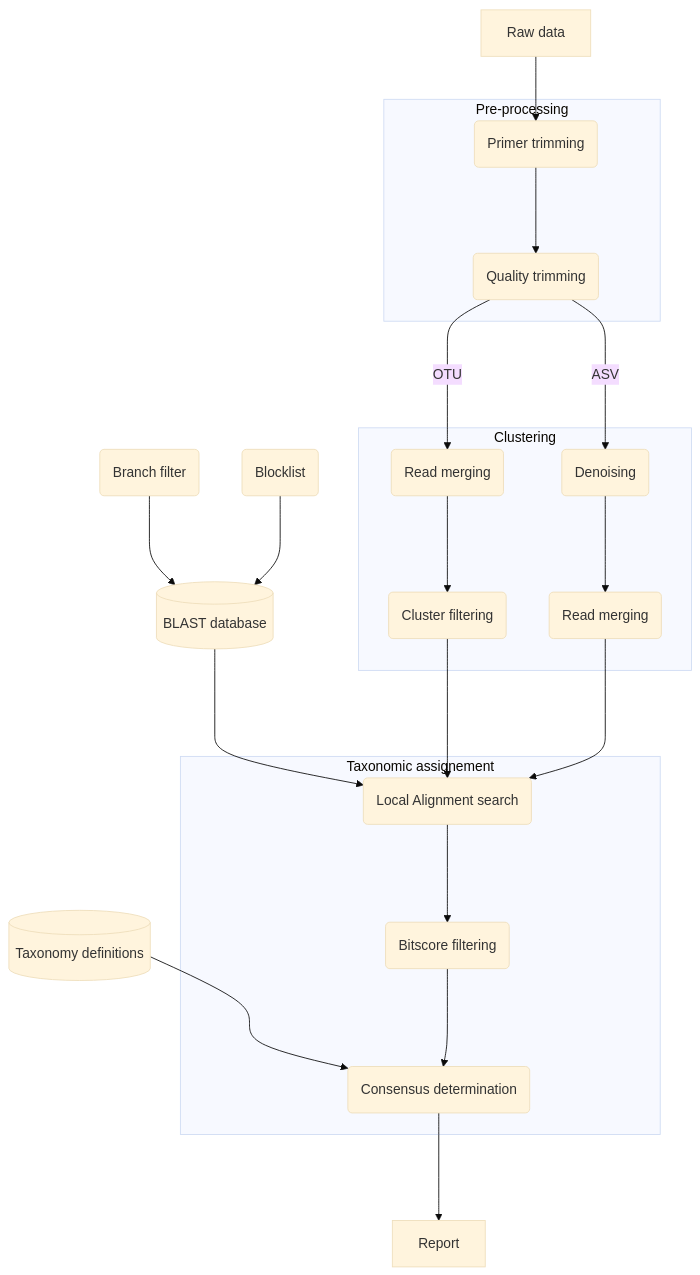
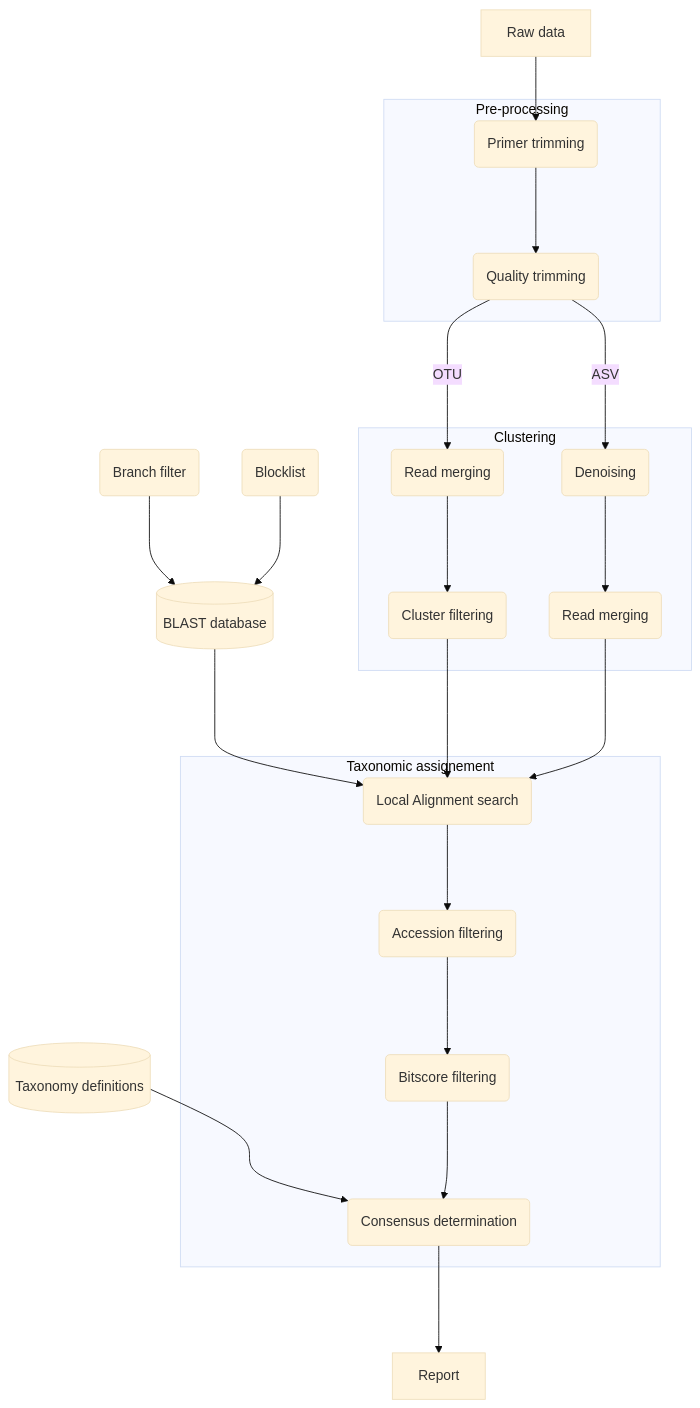
Before and after one commit to CVUA-RRW/FooDMe: the diagram in docs/userguide/overview.md, drawn with Mermaid (base theme). The commit also changed 11 other files, not shown here.

Commit message:
Added accession filtering and finally fix Blast fetching script

````diff
--- a/docs/userguide/overview.md
+++ b/docs/userguide/overview.md
@@ -109,24 +109,25 @@
 ```mermaid
 flowchart TD
     A[Raw data] --> B(Primer trimming)
     subgraph Pre-processing
     B ---> C(Quality trimming)
     end
     C --->|OTU| D1(Read merging)
     C --->|ASV| D2(Denoising)
     subgraph Clustering
     D1 ---> E1(Cluster filtering)
     D2  ---> E2(Read merging)
     end
     Z1(Branch filter) ---> Z0[(BLAST database)]
     Z2(Blocklist) ---> Z0
     Z0 ---> F(Local Alignment search)
     E1 ---> F
     E2 ---> F
     Y[(Taxonomy definitions)] ---> H(Consensus determination)
     subgraph Taxonomic assignement
-    F ---> G(Bitscore filtering)
+    F ---> J(Accession filtering)
+    J ---> G(Bitscore filtering)
     G ---> H
     end
     H ---> I[Report]
 ```
````
